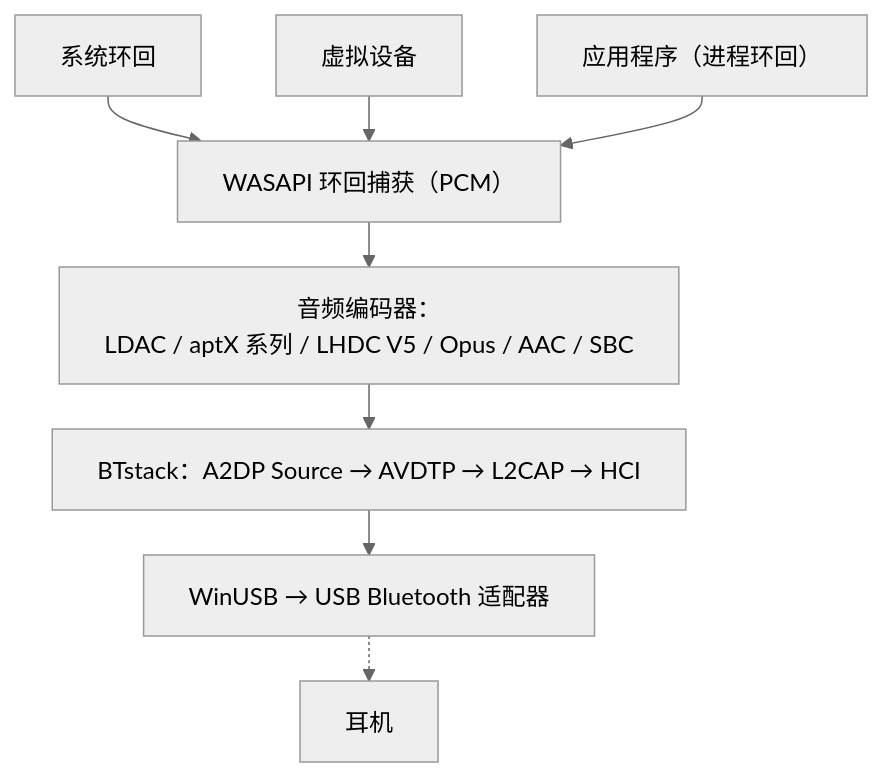
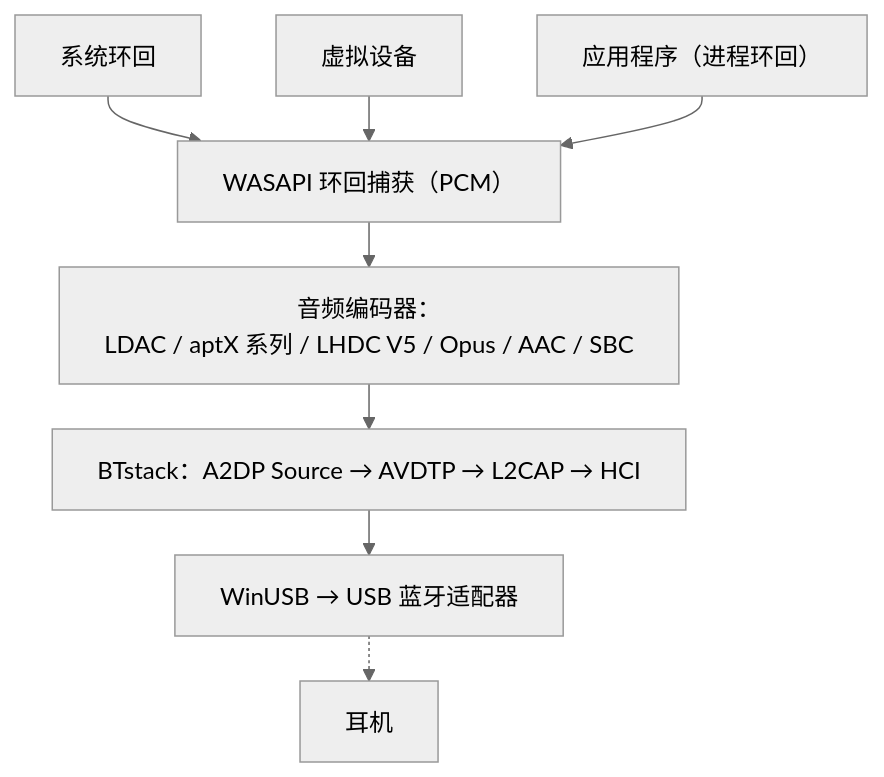
Before and after one commit to RxMaxx/A2DP-Windows-Bridge: the diagram in docs/zh-CN/index.md, drawn with Mermaid (neutral theme). The commit also changed other lines of this file and 105 other files, not shown here.

````diff
--- a/docs/zh-CN/index.md
+++ b/docs/zh-CN/index.md
@@ -124,17 +124,17 @@
 ```mermaid
 ---
 config:
   flowchart:
     wrappingWidth: 480
     rankSpacing: 30
 ---
 flowchart TD
     s1["系统环回"]
     s2["虚拟设备"]
     s3["应用程序（进程环回）"]
     s1 & s2 & s3 --> cap["WASAPI 环回捕获（PCM）"]
     cap --> enc["音频编码器：<br>LDAC / aptX 系列 / LHDC V5 / Opus / AAC / SBC"]
     enc --> bt["BTstack：A2DP Source → AVDTP → L2CAP → HCI"]
-    bt --> usb["WinUSB → USB Bluetooth 适配器"]
+    bt --> usb["WinUSB → USB 蓝牙适配器"]
     usb -.-> hp["耳机"]
 ```
````
